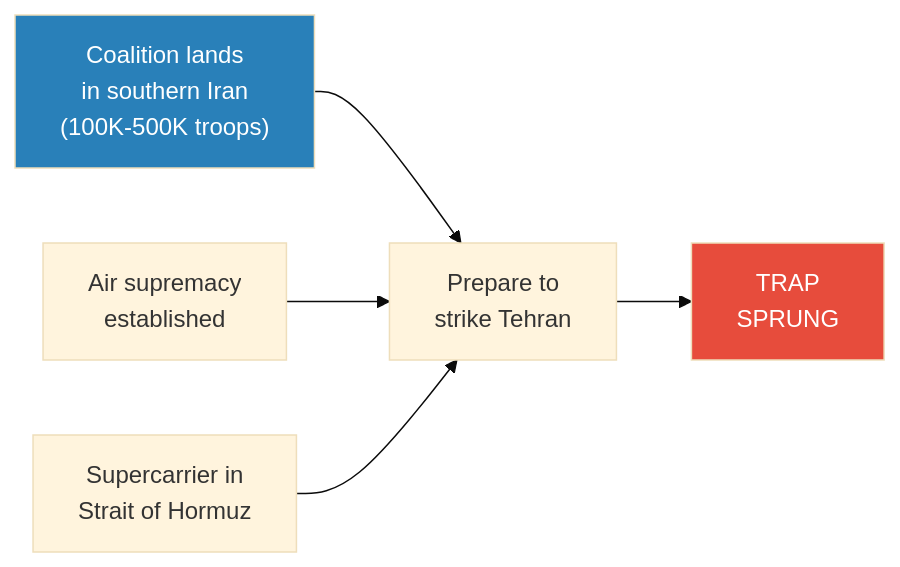
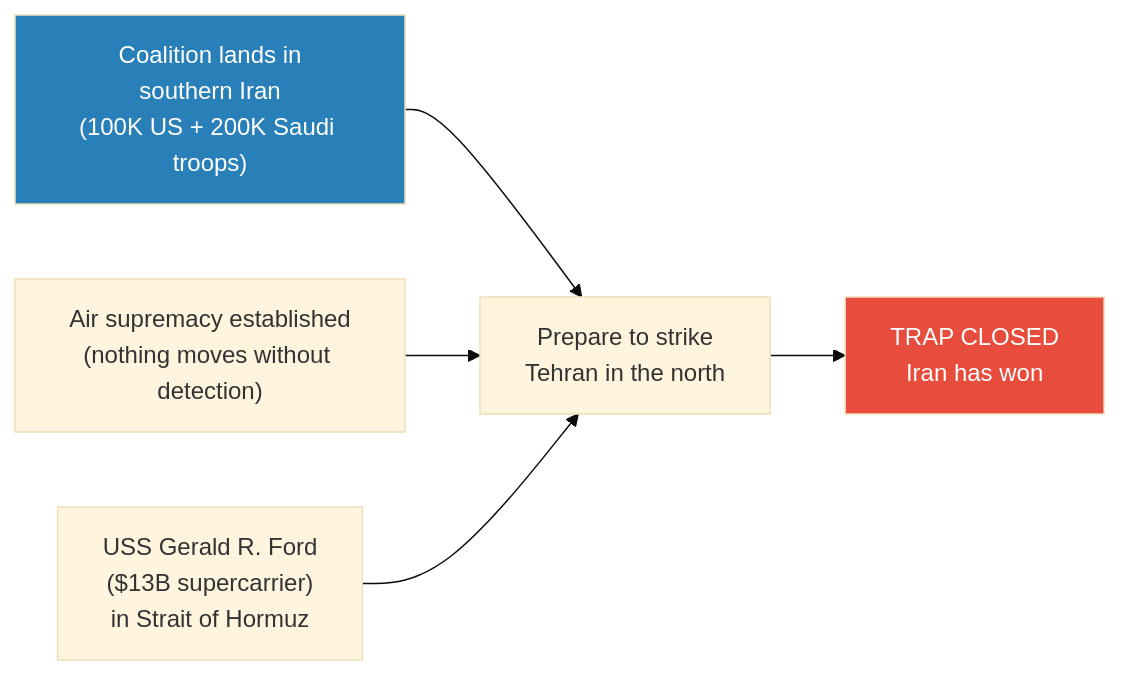
One commit to alius33/reader changed the third of 11 diagrams in summaries/Lectures/Geo-Strategy/08 - The Iran Trap.md. Above: the diagram before and after it, drawn with Mermaid (base theme). The commit also changed other lines of this file and 26 other files, not shown here.

````diff
--- a/summaries/Lectures/Geo-Strategy/08 - The Iran Trap.md
+++ b/summaries/Lectures/Geo-Strategy/08 - The Iran Trap.md
@@ -190,14 +203,14 @@
 ```mermaid
 flowchart LR
-    A["Coalition lands<br/>in southern Iran<br/>(100K-500K troops)"]
-    B["Air supremacy<br/>established"]
-    C["Supercarrier in<br/>Strait of Hormuz"]
-    D["Prepare to<br/>strike Tehran"]
-    E["TRAP<br/>SPRUNG"]
+    A["Coalition lands in<br/>southern Iran<br/>(100K US + 200K Saudi troops)"]
+    B["Air supremacy established<br/>(nothing moves without detection)"]
+    C["USS Gerald R. Ford<br/>($13B supercarrier)<br/>in Strait of Hormuz"]
+    D["Prepare to strike<br/>Tehran in the north"]
+    E["TRAP CLOSED<br/>Iran has won"]
     A --> D
     B --> D
     C --> D
     D --> E
     style E fill:#e74c3c,color:#fff
     style A fill:#2980b9,color:#fff
 ```
````
